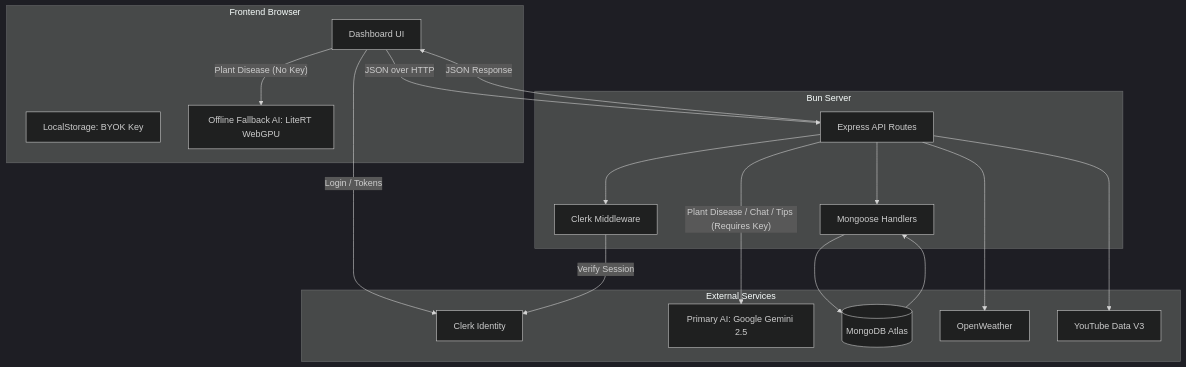
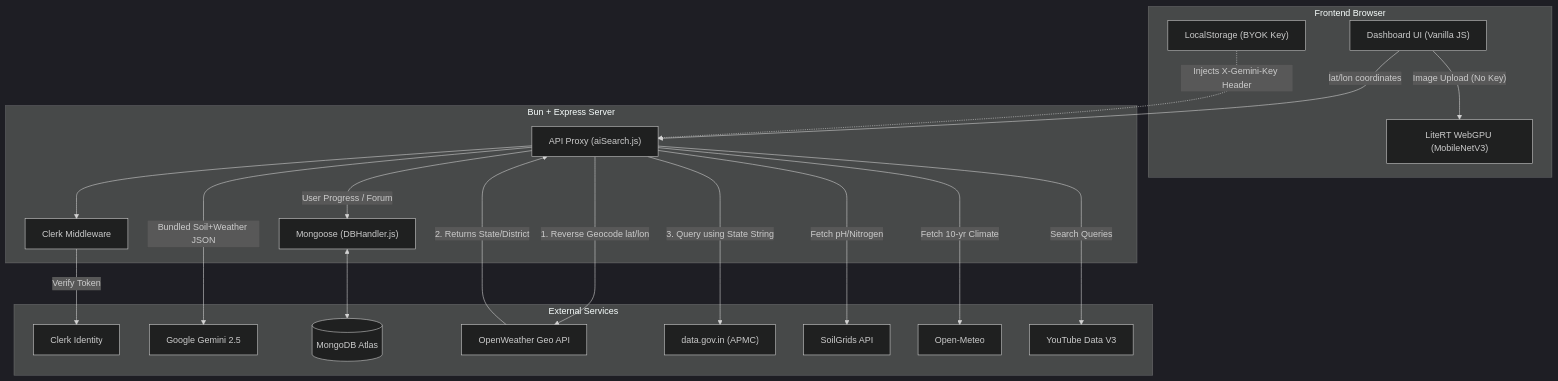
The diagram in README.md (Dealer-09/PragatiPath), drawn with Mermaid (dark theme) before and after one commit. The commit also changed other lines of this file and 16 other files, not shown here.

````diff
--- a/README.md
+++ b/README.md
@@ -30,39 +34,51 @@
 ```mermaid
 flowchart TB
     subgraph Client ["Frontend Browser"]
-        UI["Dashboard UI"]
-        Storage["LocalStorage: BYOK Key"]
-        OfflineAI["Offline Fallback AI: LiteRT WebGPU"]
+        UI["Dashboard UI (Vanilla JS)"]
+        Storage["LocalStorage (BYOK Key)"]
+        OfflineAI["LiteRT WebGPU (MobileNetV3)"]
     end
 
-    subgraph Backend ["Bun Server"]
-        API["Express API Routes"]
+    subgraph Backend ["Bun + Express Server"]
+        API["API Proxy (aiSearch.js)"]
         AuthGuard["Clerk Middleware"]
-        DBHandler["Mongoose Handlers"]
+        DBHandler["Mongoose (DBHandler.js)"]
     end
 
     subgraph External ["External Services"]
         ClerkAuth["Clerk Identity"]
-        Gemini["Primary AI: Google Gemini 2.5"]
+        Gemini["Google Gemini 2.5"]
         MongoDB[("MongoDB Atlas")]
-        WeatherAPI["OpenWeather"]
+        WeatherAPI["OpenWeather Geo API"]
+        GovData["data.gov.in (APMC)"]
+        SoilGrids["SoilGrids API"]
+        OpenMeteo["Open-Meteo"]
         YouTubeAPI["YouTube Data V3"]
     end
 
-    UI -->|"JSON over HTTP"| API
-    API -->|"JSON Response"| UI
+    %% Frontend to Backend
+    UI -->|"lat/lon coordinates"| API
+    Storage -.->|"Injects X-Gemini-Key Header"| API
     
-    UI -->|"Login / Tokens"| ClerkAuth
-    UI -->|"Plant Disease (No Key)"| OfflineAI
+    %% Offline Fallback
+    UI -->|"Image Upload (No Key)"| OfflineAI
 
+    %% Auth & DB Flow
     API --> AuthGuard
-    AuthGuard -->|"Verify Session"| ClerkAuth
+    AuthGuard -->|"Verify Token"| ClerkAuth
+    API -->|"User Progress / Forum"| DBHandler
+    DBHandler <--> MongoDB
+
+    %% The Reverse Geocoding Bridge (Genius Workaround)
+    API -->|"1. Reverse Geocode lat/lon"| WeatherAPI
+    WeatherAPI -->|"2. Returns State/District"| API
+    API -->|"3. Query using State String"| GovData
+
+    %% Agronomy Intelligence Pipeline
+    API -->|"Fetch pH/Nitrogen"| SoilGrids
+    API -->|"Fetch 10-yr Climate"| OpenMeteo
+    API -->|"Bundled Soil+Weather JSON"| Gemini
     
-    API --> DBHandler
-    DBHandler --> MongoDB
-    MongoDB --> DBHandler
-
-    API -->|"Plant Disease / Chat / Tips (Requires Key)"| Gemini
-    API --> WeatherAPI
-    API --> YouTubeAPI
+    %% Video
+    API -->|"Search Queries"| YouTubeAPI
 ```
````
